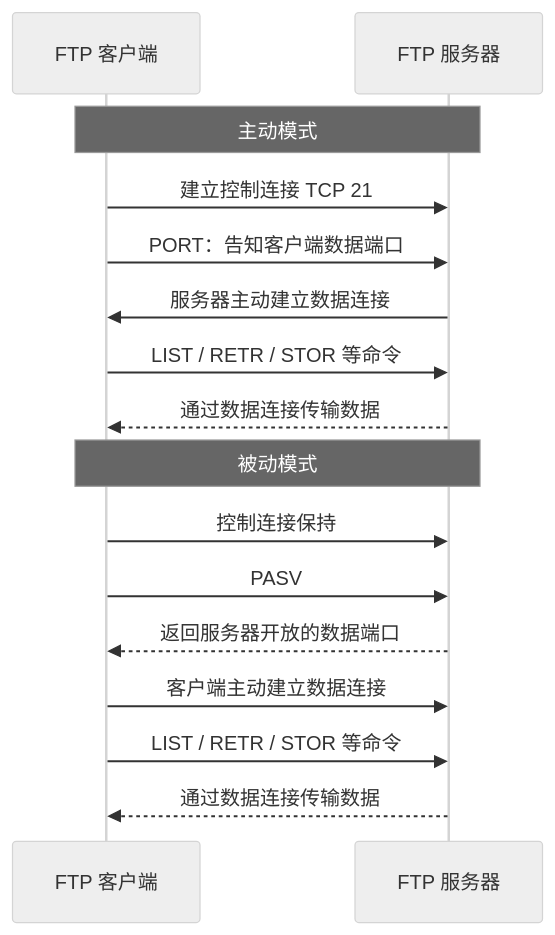
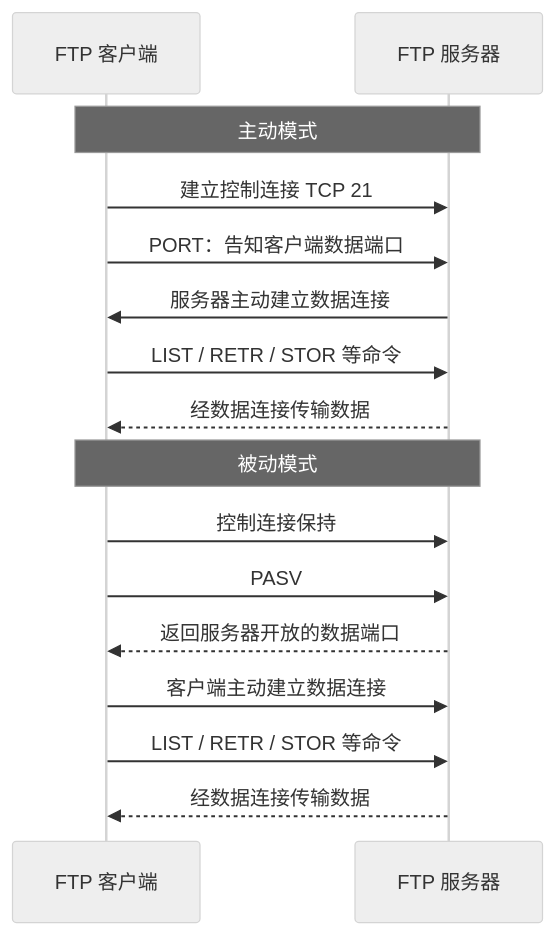
The diagram in content/docs/408/knowledge2/computer_network/06-application-layer/02-ftp.mdx (ActiveInsighter/fumadocs-study), drawn with Mermaid (neutral theme) before and after one commit. The commit also changed other lines of this file and 85 other files, not shown here.

````diff
--- a/content/docs/408/knowledge2/computer_network/06-application-layer/02-ftp.mdx
+++ b/content/docs/408/knowledge2/computer_network/06-application-layer/02-ftp.mdx
@@ -139,20 +165,20 @@
 ```mermaid
 sequenceDiagram
     participant Client as FTP 客户端
     participant Server as FTP 服务器
 
     Note over Client,Server: 主动模式
     Client->>Server: 建立控制连接 TCP 21
     Client->>Server: PORT：告知客户端数据端口
     Server->>Client: 服务器主动建立数据连接
     Client->>Server: LIST / RETR / STOR 等命令
-    Server-->>Client: 通过数据连接传输数据
+    Server-->>Client: 经数据连接传输数据
 
     Note over Client,Server: 被动模式
     Client->>Server: 控制连接保持
     Client->>Server: PASV
     Server-->>Client: 返回服务器开放的数据端口
     Client->>Server: 客户端主动建立数据连接
     Client->>Server: LIST / RETR / STOR 等命令
-    Server-->>Client: 通过数据连接传输数据
+    Server-->>Client: 经数据连接传输数据
 ```
````
